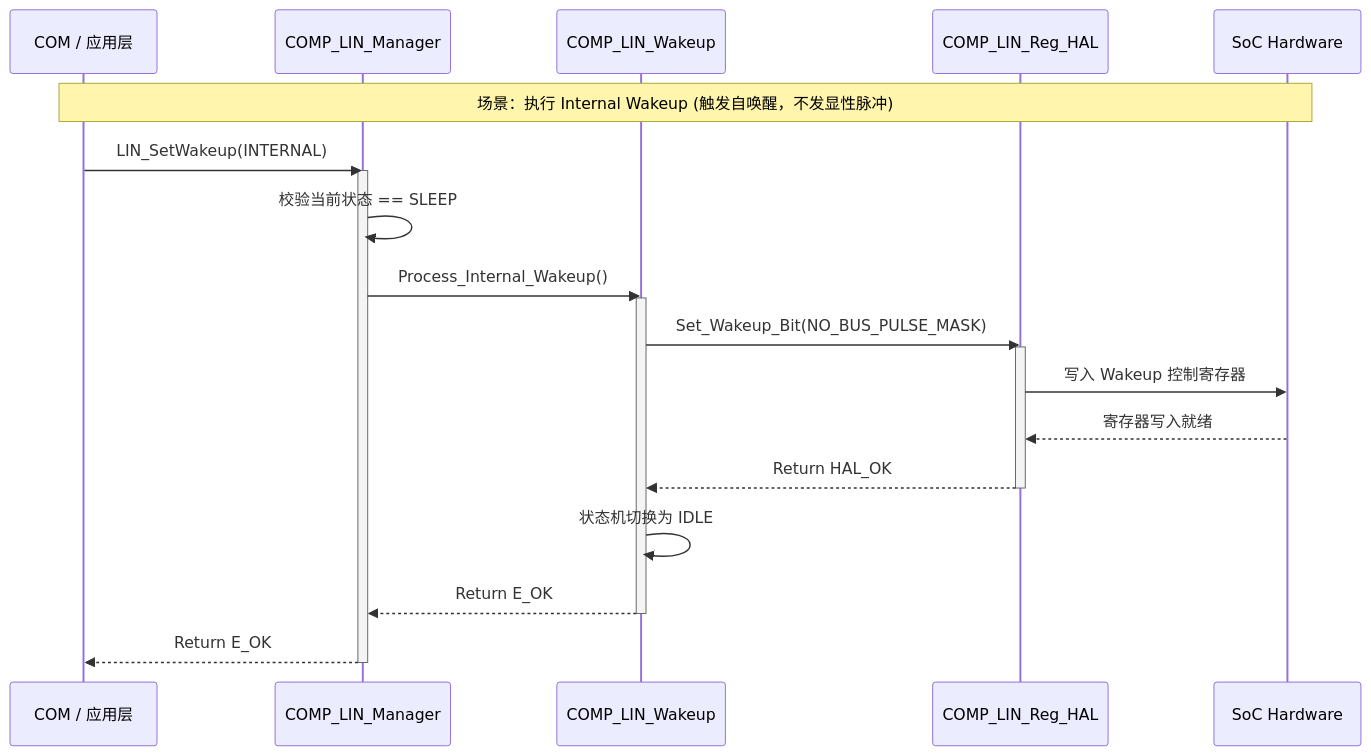
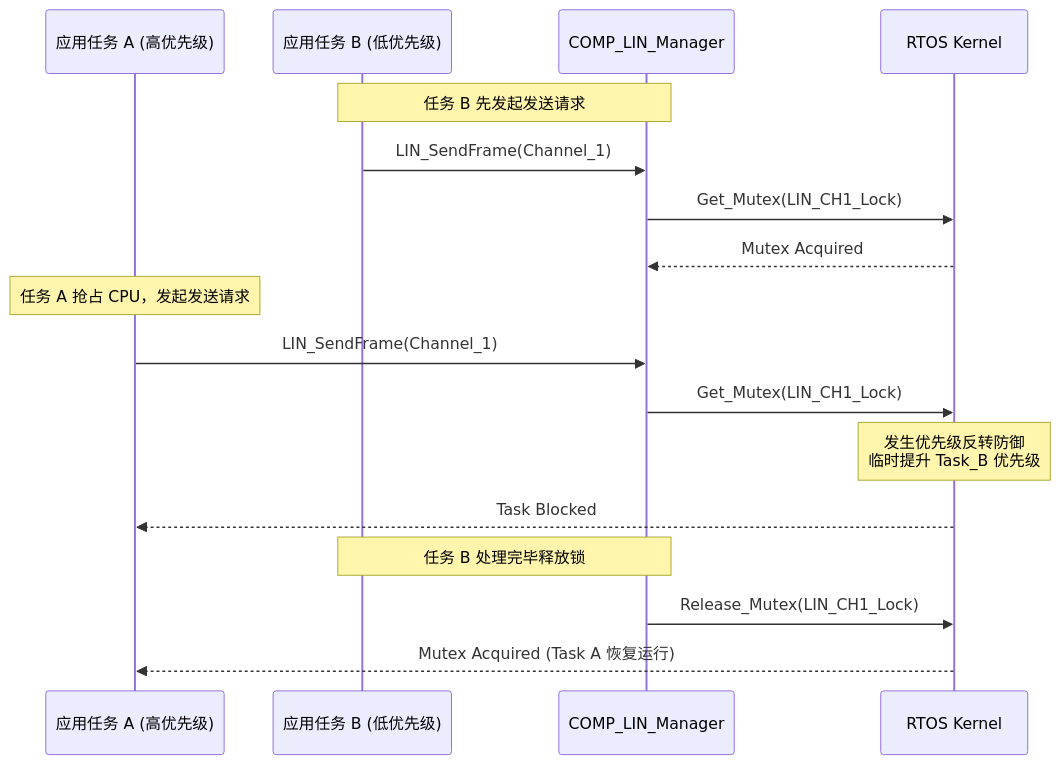
The third of 4 diagrams in software_project/architecture_etc/architecture design-ASPICE.md (Mastang1/notes_md), drawn with Mermaid before and after one commit. The commit also changed other lines of this file and 1 other file, not shown here.

````diff
--- a/software_project/architecture_etc/architecture design-ASPICE.md
+++ b/software_project/architecture_etc/architecture design-ASPICE.md
@@ -115,30 +141,22 @@
 ```mermaid
 sequenceDiagram
-    participant App as COM / 应用层
+    participant Task_A as 应用任务 A (高优先级)
+    participant Task_B as 应用任务 B (低优先级)
     participant Mgr as COMP_LIN_Manager
-    participant WH as COMP_LIN_Wakeup
-    participant HAL as COMP_LIN_Reg_HAL
-    participant HW as SoC Hardware
+    participant OS as RTOS Kernel
 
-    Note over App, HW: 场景：执行 Internal Wakeup (触发自唤醒，不发显性脉冲)
+    Note over Task_B, Mgr: 任务 B 先发起发送请求
+    Task_B->>Mgr: LIN_SendFrame(Channel_1)
+    Mgr->>OS: Get_Mutex(LIN_CH1_Lock)
+    OS-->>Mgr: Mutex Acquired
     
-    App->>Mgr: LIN_SetWakeup(INTERNAL)
-    activate Mgr
-    Mgr->>Mgr: 校验当前状态 == SLEEP
-    Mgr->>WH: Process_Internal_Wakeup()
-    activate WH
+    Note over Task_A: 任务 A 抢占 CPU，发起发送请求
+    Task_A->>Mgr: LIN_SendFrame(Channel_1)
+    Mgr->>OS: Get_Mutex(LIN_CH1_Lock)
+    Note over OS: 发生优先级反转防御<br/>临时提升 Task_B 优先级
+    OS-->>Task_A: Task Blocked
     
-    WH->>HAL: Set_Wakeup_Bit(NO_BUS_PULSE_MASK)
-    activate HAL
-    HAL->>HW: 写入 Wakeup 控制寄存器
-    HW-->>HAL: 寄存器写入就绪
-    HAL-->>WH: Return HAL_OK
-    deactivate HAL
-    
-    WH->>WH: 状态机切换为 IDLE
-    WH-->>Mgr: Return E_OK
-    deactivate WH
-    
-    Mgr-->>App: Return E_OK
-    deactivate Mgr
+    Note over Task_B, Mgr: 任务 B 处理完毕释放锁
+    Mgr->>OS: Release_Mutex(LIN_CH1_Lock)
+    OS-->>Task_A: Mutex Acquired (Task A 恢复运行)
 ```
````
